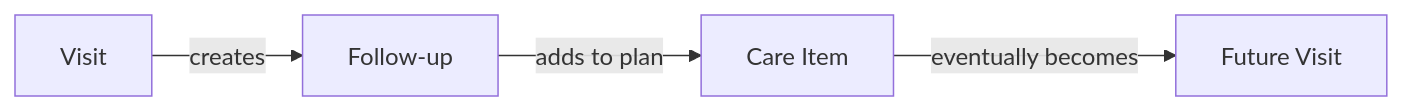
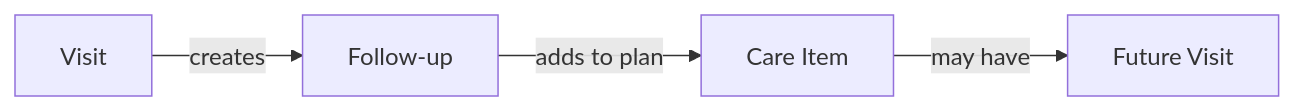
Before and after one commit to yourtoolshq/everyday: the third of 6 diagrams in docs/DOMAIN.md, drawn with Mermaid. The commit also changed other lines of this file and 27 other files, not shown here.

Commit message:
Add visit-based care progress and provider management

````diff
--- a/docs/DOMAIN.md
+++ b/docs/DOMAIN.md
@@ -449,11 +465,11 @@
 ```mermaid
 flowchart LR
     Visit[Visit]
     FollowUp[Follow-up]
     CareItem[Care Item]
     FutureVisit[Future Visit]
 
     Visit -->|creates| FollowUp
     FollowUp -->|adds to plan| CareItem
-    CareItem -->|eventually becomes| FutureVisit
+    CareItem -->|may have| FutureVisit
 ```
````
